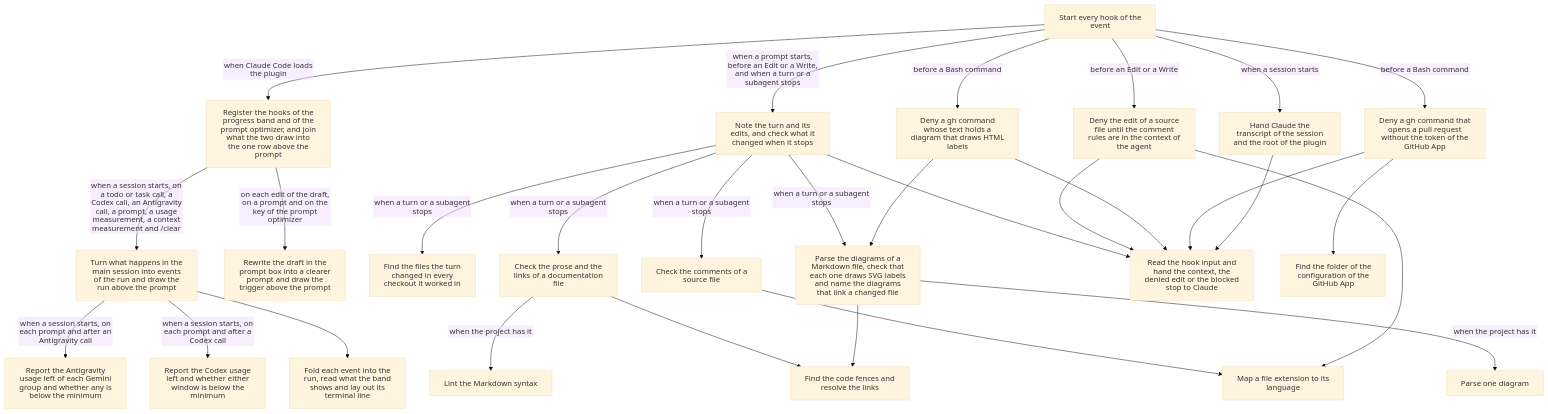
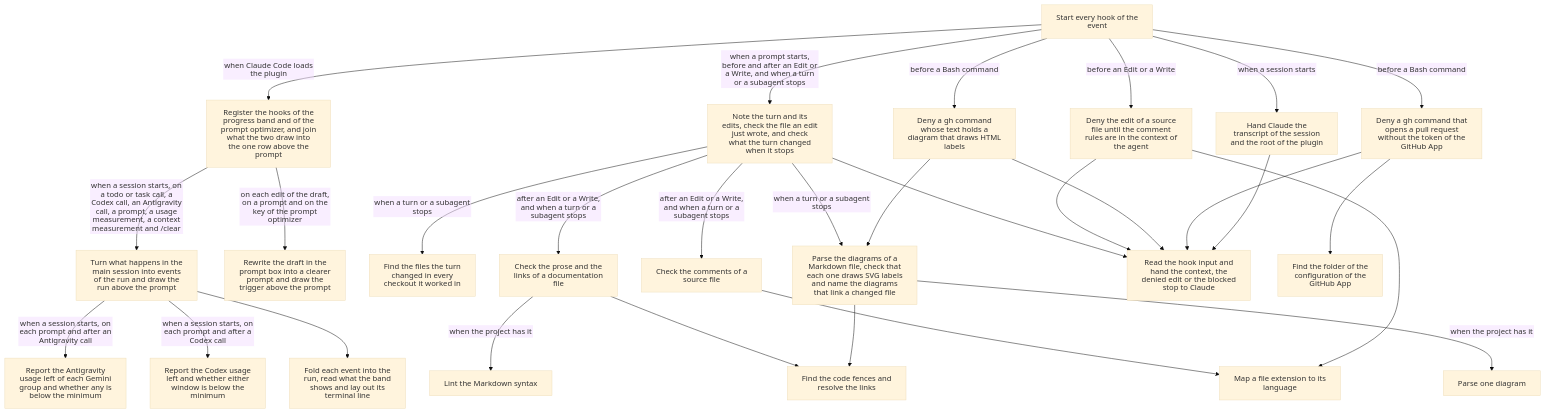
Before and after one commit to renefatuaki/skills: the diagram in plugins/forge/hooks/README.md, drawn with Mermaid (base theme). The commit also changed other lines of this file and 9 other files, not shown here.

First line of the commit message:
feat(forge): hand comment rule findings to Claude right after each edit

````diff
--- a/plugins/forge/hooks/README.md
+++ b/plugins/forge/hooks/README.md
@@ -5,34 +5,34 @@
 ```mermaid
 %%{init: {"htmlLabels": false}}%%
 flowchart TD
   accTitle: What happens when a session starts, while a turn runs, while Claude works through a todo list, and when the key of the prompt optimizer is pressed?
   hooksJson["Start every hook of the event"]
   hooksJson -->|"when a session starts"| sessionContext["Hand Claude the transcript of the session and the root of the plugin"]
   hooksJson -->|"before an Edit or a Write"| loadCommentRules["Deny the edit of a source file until the comment rules are in the context of the agent"]
   hooksJson -->|"before a Bash command"| checkDiagramLabels["Deny a gh command whose text holds a diagram that draws HTML labels"]
   hooksJson -->|"before a Bash command"| checkPullRequestAuthor["Deny a gh command that opens a pull request without the token of the GitHub App"]
-  hooksJson -->|"when a prompt starts, before an Edit or a Write, and when a turn or a subagent stops"| checkTurn["Note the turn and its edits, and check what it changed when it stops"]
+  hooksJson -->|"when a prompt starts, before and after an Edit or a Write, and when a turn or a subagent stops"| checkTurn["Note the turn and its edits, check the file an edit just wrote, and check what the turn changed when it stops"]
   hooksJson -->|"when Claude Code loads the plugin"| module["Register the hooks of the progress band and of the prompt optimizer, and join what the two draw into the one row above the prompt"]
   module -->|"when a session starts, on a todo or task call, a Codex call, an Antigravity call, a prompt, a usage measurement, a context measurement and /clear"| progress["Turn what happens in the main session into events of the run and draw the run above the prompt"]
   module -->|"on each edit of the draft, on a prompt and on the key of the prompt optimizer"| promptOptimizer["Rewrite the draft in the prompt box into a clearer prompt and draw the trigger above the prompt"]
   checkTurn -->|"when a turn or a subagent stops"| changes["Find the files the turn changed in every checkout it worked in"]
-  checkTurn -->|"when a turn or a subagent stops"| comments["Check the comments of a source file"]
-  checkTurn -->|"when a turn or a subagent stops"| docs["Check the prose and the links of a documentation file"]
+  checkTurn -->|"after an Edit or a Write, and when a turn or a subagent stops"| comments["Check the comments of a source file"]
+  checkTurn -->|"after an Edit or a Write, and when a turn or a subagent stops"| docs["Check the prose and the links of a documentation file"]
   checkTurn -->|"when a turn or a subagent stops"| diagrams["Parse the diagrams of a Markdown file, check that each one draws SVG labels and name the diagrams that link a changed file"]
   docs -->|"when the project has it"| markdownlint["Lint the Markdown syntax"]
   diagrams -->|"when the project has it"| mermaid["Parse one diagram"]
   docs --> markdown["Find the code fences and resolve the links"]
   diagrams --> markdown
   comments --> languages["Map a file extension to its language"]
   loadCommentRules --> languages
   checkTurn --> hook["Read the hook input and hand the context, the denied edit or the blocked stop to Claude"]
   loadCommentRules --> hook
   checkDiagramLabels --> hook
   checkDiagramLabels --> diagrams
   checkPullRequestAuthor --> hook
   checkPullRequestAuthor --> githubApp["Find the folder of the configuration of the GitHub App"]
   sessionContext --> hook
   progress --> run["Fold each event into the run, read what the band shows and lay out its terminal line"]
   progress -->|"when a session starts, on each prompt and after a Codex call"| codexModel["Report the Codex usage left and whether either window is below the minimum"]
   progress -->|"when a session starts, on each prompt and after an Antigravity call"| antigravity["Report the Antigravity usage left of each Gemini group and whether any is below the minimum"]
 ```
````
